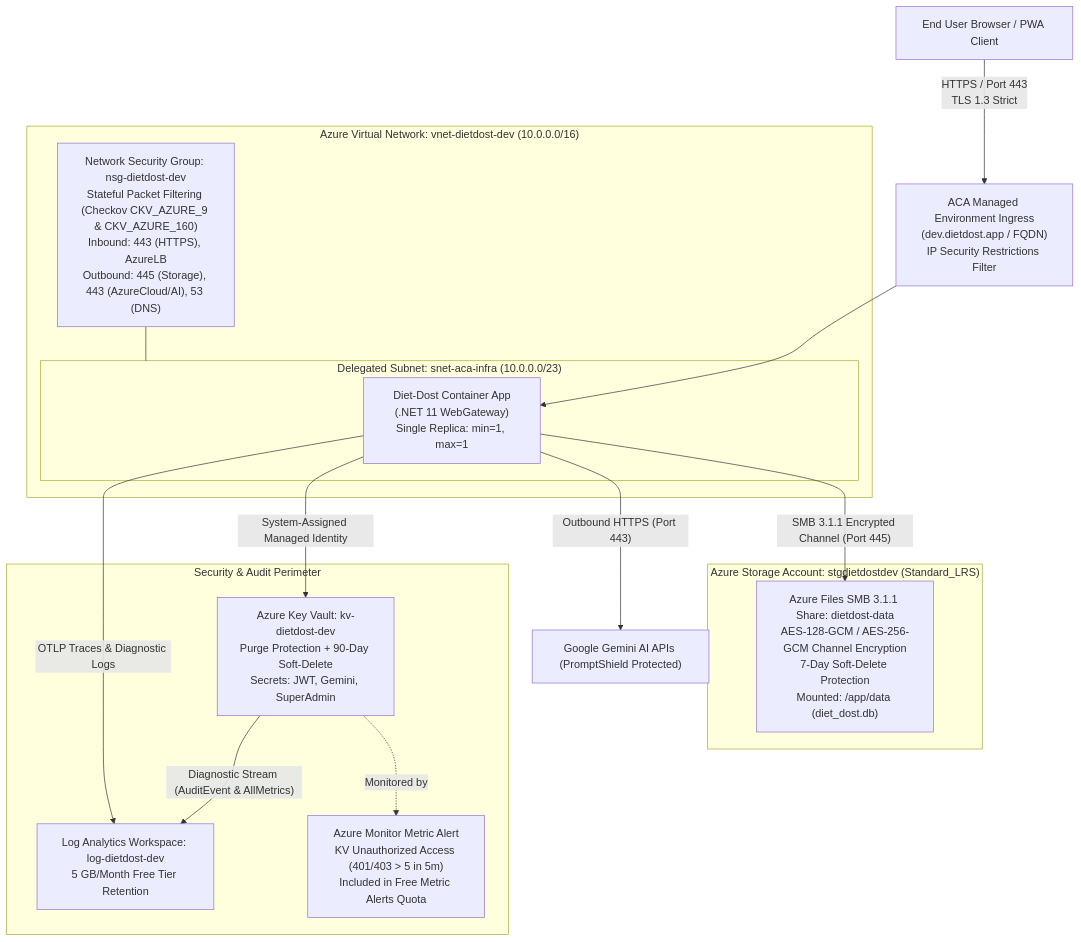
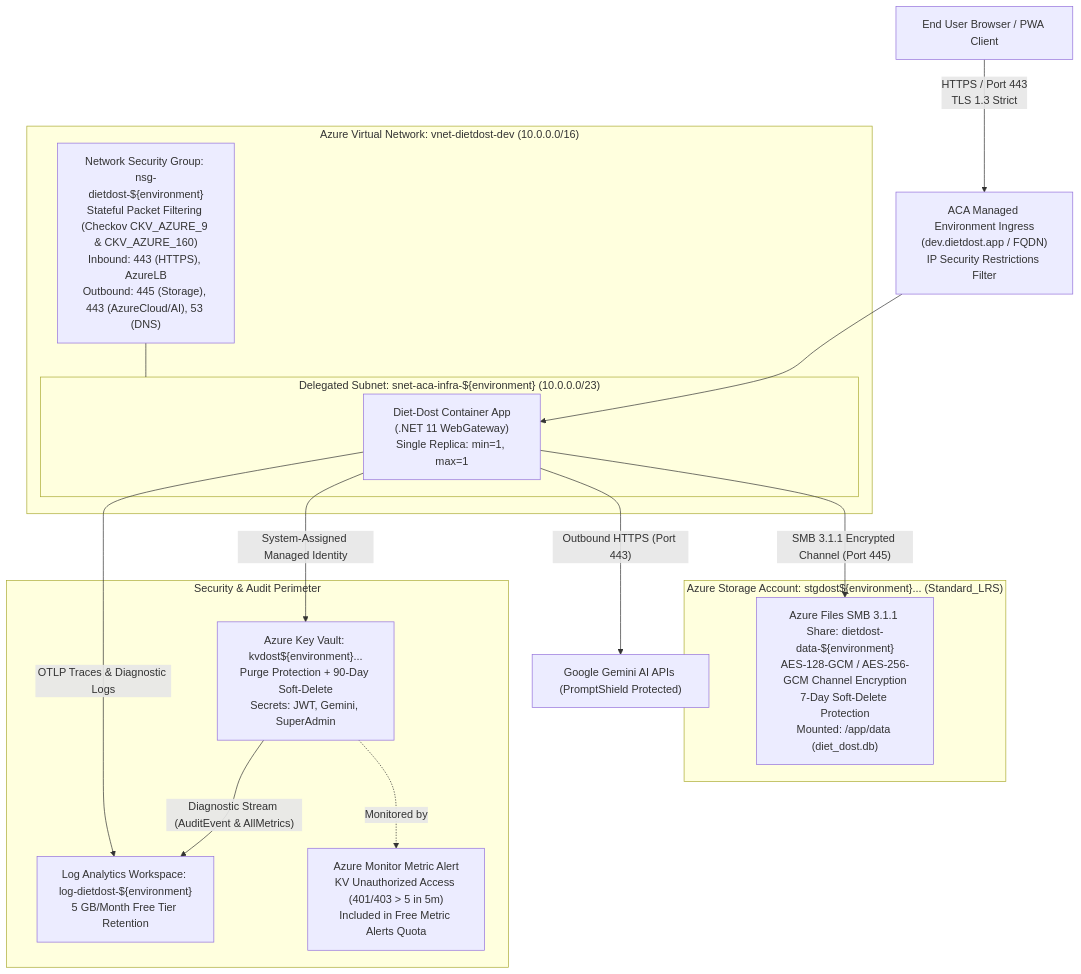
The third of 3 diagrams in docs/sdd/05_devops_and_infrastructure.md (nikunjbanker/diet-dost), drawn with Mermaid before and after one commit. The commit also changed other lines of this file and 12 other files, not shown here.

````diff
--- a/docs/sdd/05_devops_and_infrastructure.md
+++ b/docs/sdd/05_devops_and_infrastructure.md
@@ -295,31 +295,31 @@
 ```mermaid
 graph TD
     Client["End User Browser / PWA Client"] -->|"HTTPS / Port 443<br/>TLS 1.3 Strict"| ACA_Ingress["ACA Managed Environment Ingress<br/>(dev.dietdost.app / FQDN)<br/>IP Security Restrictions Filter"]
 
     subgraph Azure_VNet ["Azure Virtual Network: vnet-dietdost-dev (10.0.0.0/16)"]
-        subgraph Subnet_Infra ["Delegated Subnet: snet-aca-infra (10.0.0.0/23)"]
+        subgraph Subnet_Infra ["Delegated Subnet: snet-aca-infra-${environment} (10.0.0.0/23)"]
             ACA_App["Diet-Dost Container App<br/>(.NET 11 WebGateway)<br/>Single Replica: min=1, max=1"]
         end
-        NSG["Network Security Group: nsg-dietdost-dev<br/>Stateful Packet Filtering (Checkov CKV_AZURE_9 & CKV_AZURE_160)<br/>Inbound: 443 (HTTPS), AzureLB<br/>Outbound: 445 (Storage), 443 (AzureCloud/AI), 53 (DNS)"]
+        NSG["Network Security Group: nsg-dietdost-${environment}<br/>Stateful Packet Filtering (Checkov CKV_AZURE_9 & CKV_AZURE_160)<br/>Inbound: 443 (HTTPS), AzureLB<br/>Outbound: 445 (Storage), 443 (AzureCloud/AI), 53 (DNS)"]
         NSG --- Subnet_Infra
     end
 
     ACA_Ingress --> ACA_App
 
-    subgraph Storage_Boundary ["Azure Storage Account: stgdietdostdev (Standard_LRS)"]
-        SMB_Share["Azure Files SMB 3.1.1 Share: dietdost-data<br/>AES-128-GCM / AES-256-GCM Channel Encryption<br/>7-Day Soft-Delete Protection<br/>Mounted: /app/data (diet_dost.db)"]
+    subgraph Storage_Boundary ["Azure Storage Account: stgdost${environment}... (Standard_LRS)"]
+        SMB_Share["Azure Files SMB 3.1.1 Share: dietdost-data-${environment}<br/>AES-128-GCM / AES-256-GCM Channel Encryption<br/>7-Day Soft-Delete Protection<br/>Mounted: /app/data (diet_dost.db)"]
     end
 
     subgraph Security_Perimeter ["Security & Audit Perimeter"]
-        KV["Azure Key Vault: kv-dietdost-dev<br/>Purge Protection + 90-Day Soft-Delete<br/>Secrets: JWT, Gemini, SuperAdmin"]
-        LAW["Log Analytics Workspace: log-dietdost-dev<br/>5 GB/Month Free Tier Retention"]
+        KV["Azure Key Vault: kvdost${environment}...<br/>Purge Protection + 90-Day Soft-Delete<br/>Secrets: JWT, Gemini, SuperAdmin"]
+        LAW["Log Analytics Workspace: log-dietdost-${environment}<br/>5 GB/Month Free Tier Retention"]
         Alert["Azure Monitor Metric Alert<br/>KV Unauthorized Access (401/403 > 5 in 5m)<br/>Included in Free Metric Alerts Quota"]
     end
 
     ACA_App -->|"SMB 3.1.1 Encrypted Channel (Port 445)"| SMB_Share
     ACA_App -->|"System-Assigned Managed Identity"| KV
     KV -->|"Diagnostic Stream (AuditEvent & AllMetrics)"| LAW
     KV -.->|"Monitored by"| Alert
     ACA_App -->|"OTLP Traces & Diagnostic Logs"| LAW
     ACA_App -->|"Outbound HTTPS (Port 443)"| GeminiAPI["Google Gemini AI APIs (PromptShield Protected)"]
 ```
````
